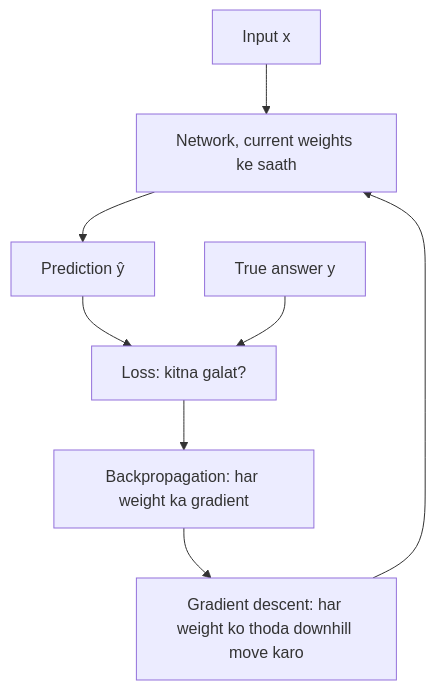
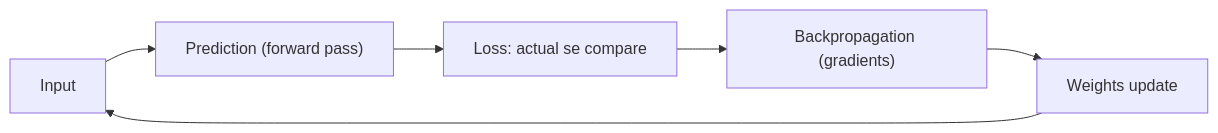
Before and after one commit to TrendySloth1001/sem-seven-notes: the first of 4 diagrams in content/deep-learning/notes/loss-functions.hi.mdx, drawn with Mermaid. The commit also changed other lines of this file and 168 other files, not shown here.

````diff
--- a/content/deep-learning/notes/loss-functions.hi.mdx
+++ b/content/deep-learning/notes/loss-functions.hi.mdx
@@ -77,11 +44,9 @@
 ```mermaid
-%% caption: Training mein loss kahan baithta hai. Loss prediction aur target ko compare karta hai; uska gradient peeche jaake weights badalta hai; phir loop repeat hota hai.
-flowchart TD
-  A["Input x"] --> B["Network, current weights ke saath"]
-  B --> C["Prediction ŷ"]
-  C --> D["Loss: kitna galat?"]
-  T["True answer y"] --> D
-  D --> E["Backpropagation: har weight ka gradient"]
-  E --> F["Gradient descent: har weight ko thoda downhill move karo"]
-  F --> B
+%% caption: Training loop. Loss wo signal hai jo backpropagation ko batata hai ki weights kaise badalne hain.
+flowchart LR
+  A["Input"] --> B["Prediction (forward pass)"]
+  B --> C["Loss: actual se compare"]
+  C --> D["Backpropagation (gradients)"]
+  D --> E["Weights update"]
+  E --> A
 ```
````
